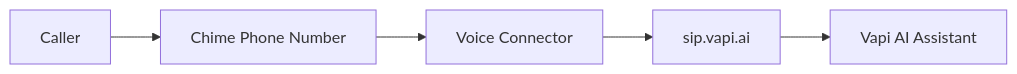
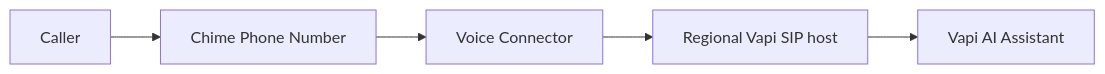
One commit to VapiAI/docs changed the diagram in fern/advanced/sip/sip-chime.mdx. Above: the diagram before and after it, drawn with Mermaid. The commit also changed other lines of this file and 7 other files, not shown here.

````diff
--- a/fern/advanced/sip/sip-chime.mdx
+++ b/fern/advanced/sip/sip-chime.mdx
@@ -193,7 +195,7 @@
 ```mermaid
 graph LR
   A[Caller] --> B[Chime Phone Number]
   B --> C[Voice Connector]
-  C --> D[sip.vapi.ai]
+  C --> D[Regional Vapi SIP host]
   D --> E[Vapi AI Assistant]
 ```
````
